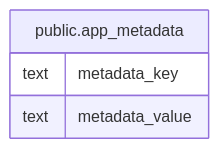
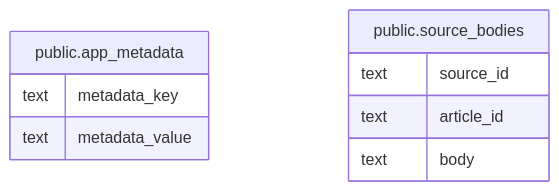
The diagram in backend/docs/db/README.md (fohte/blog-writer), drawn with Mermaid before and after one commit. The commit also changed other lines of this file and 19 other files, not shown here.

Commit message:
backend: extract and store source bodies (#39)

````diff
--- a/backend/docs/db/README.md
+++ b/backend/docs/db/README.md
@@ -11,9 +12,14 @@
 ```mermaid
 erDiagram
 
 
 "public.app_metadata" {
   text metadata_key
   text metadata_value
 }
+"public.source_bodies" {
+  text source_id
+  text article_id
+  text body
+}
 ```
````
